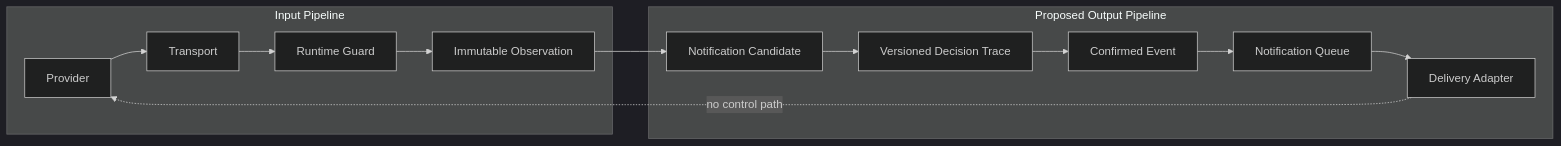
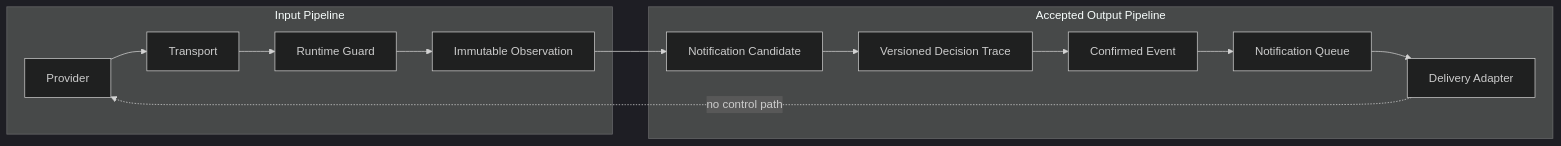
The second of 3 diagrams in docs/ARCHITECTURE.md (DorianGray-web/UA-Passport-Slot-Monitor), drawn with Mermaid (dark theme) before and after one commit. The commit also changed other lines of this file and 33 other files, not shown here.

````diff
--- a/docs/ARCHITECTURE.md
+++ b/docs/ARCHITECTURE.md
@@ -176,18 +176,18 @@
 ```mermaid
 flowchart LR
     subgraph INPUT["Input Pipeline"]
         P["Provider"] --> T["Transport"]
         T --> G["Runtime Guard"]
         G --> O["Immutable Observation"]
     end
 
-    subgraph OUTPUT["Proposed Output Pipeline"]
+    subgraph OUTPUT["Accepted Output Pipeline"]
         O --> C["Notification Candidate"]
         C --> D["Versioned Decision Trace"]
         D --> E["Confirmed Event"]
         E --> Q["Notification Queue"]
         Q --> A["Delivery Adapter"]
     end
 
     A -. "no control path" .-> P
 ```
````
